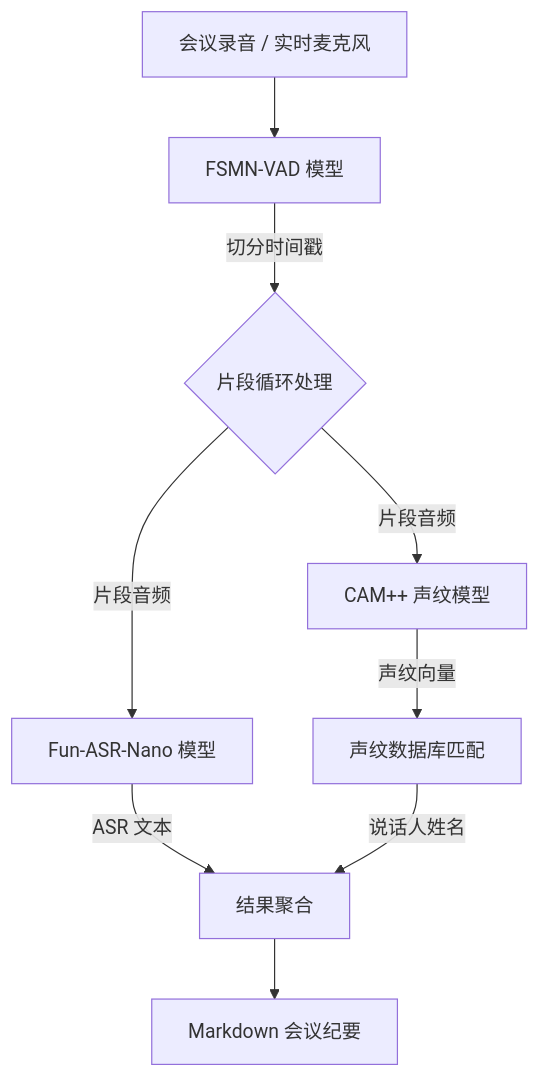
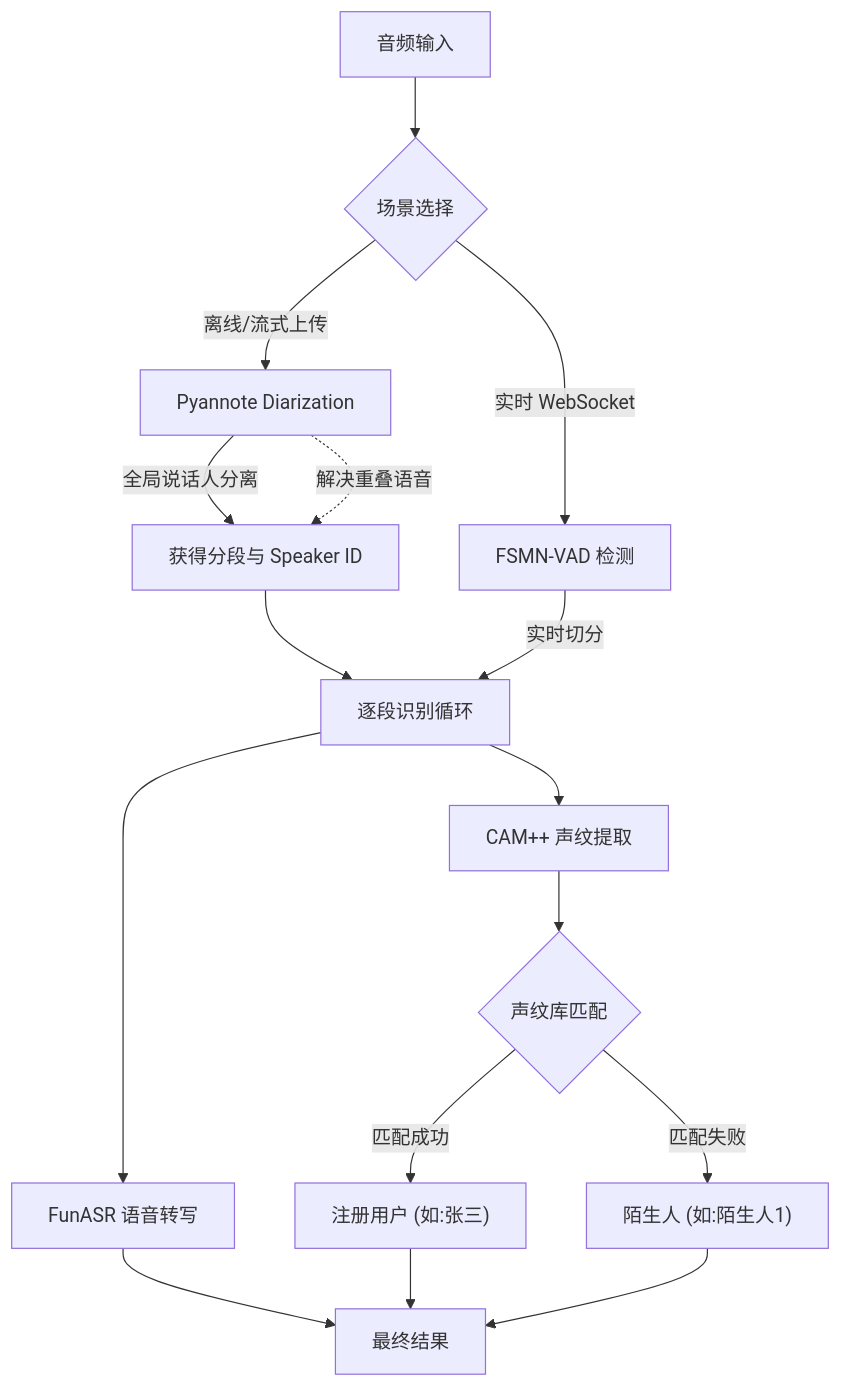
One commit to yahuo/VoiceprintRecognition changed the diagram in README.md. Above: the diagram before and after it, drawn with Mermaid. The commit also changed other lines of this file and 6 other files, not shown here.

First line of the commit message:
feat: Integrate pyannote.audio and refactor streaming architecture

````diff
--- a/README.md
+++ b/README.md
@@ -101,11 +105,26 @@
 ```mermaid
 graph TD
-    A[会议录音 / 实时麦克风] --> B[FSMN-VAD 模型]
-    B -->|切分时间戳| C{片段循环处理}
-    C -->|片段音频| D[Fun-ASR-Nano 模型]
-    C -->|片段音频| E[CAM++ 声纹模型]
-    D -->|ASR 文本| F[结果聚合]
-    E -->|声纹向量| G[声纹数据库匹配]
-    G -->|说话人姓名| F
-    F --> H[Markdown 会议纪要]
+    Input[音频输入] --> Mode{场景选择}
+    
+    %% Pyannote 路径 (高精度)
+    Mode -->|离线/流式上传| P1[Pyannote Diarization]
+    P1 -->|全局说话人分离| P2[获得分段与 Speaker ID]
+    P1 -.->|解决重叠语音| P2
+    P2 --> Loop[逐段识别循环]
+    
+    %% VAD 路径 (低延迟)
+    Mode -->|实时 WebSocket| V1[FSMN-VAD 检测]
+    V1 -->|实时切分| Loop
+    
+    %% 识别循环
+    Loop --> ASR[FunASR 语音转写]
+    Loop --> SV[CAM++ 声纹提取]
+    
+    SV --> Match{声纹库匹配}
+    Match -->|匹配成功| User["注册用户 (如:张三)"]
+    Match -->|匹配失败| Stranger["陌生人 (如:陌生人1)"]
+    
+    ASR --> Output[最终结果]
+    User --> Output
+    Stranger --> Output
 ```
````
